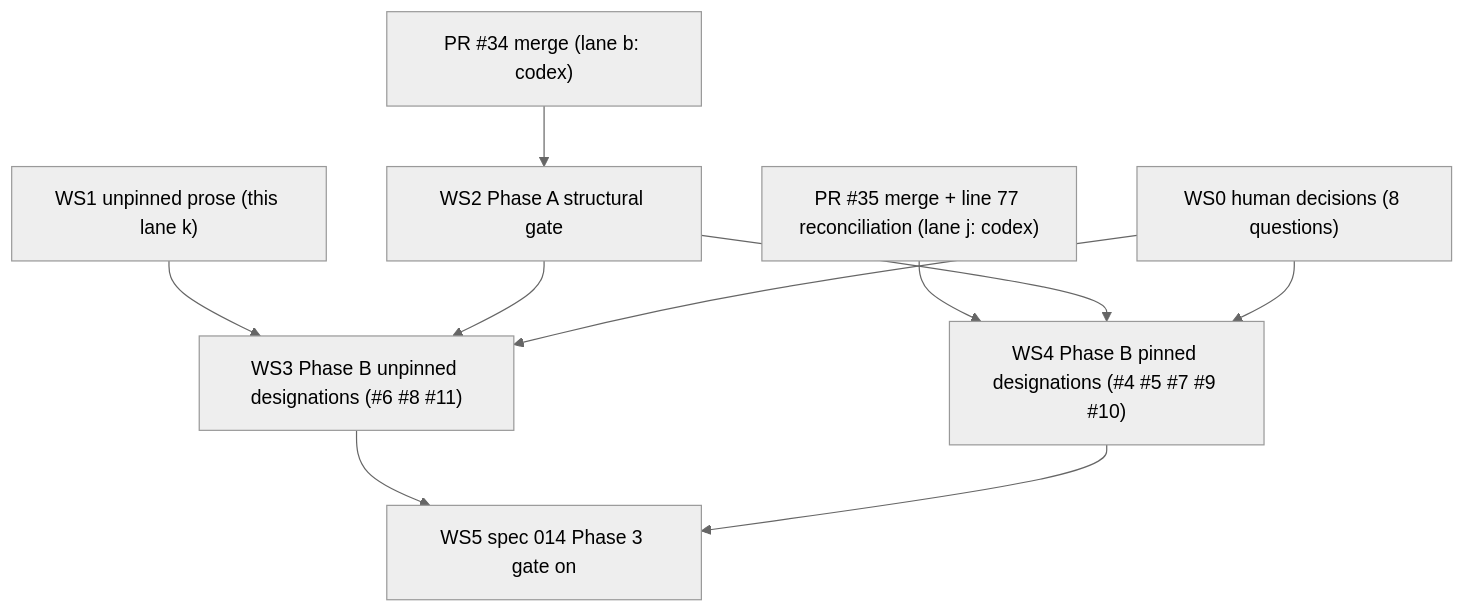
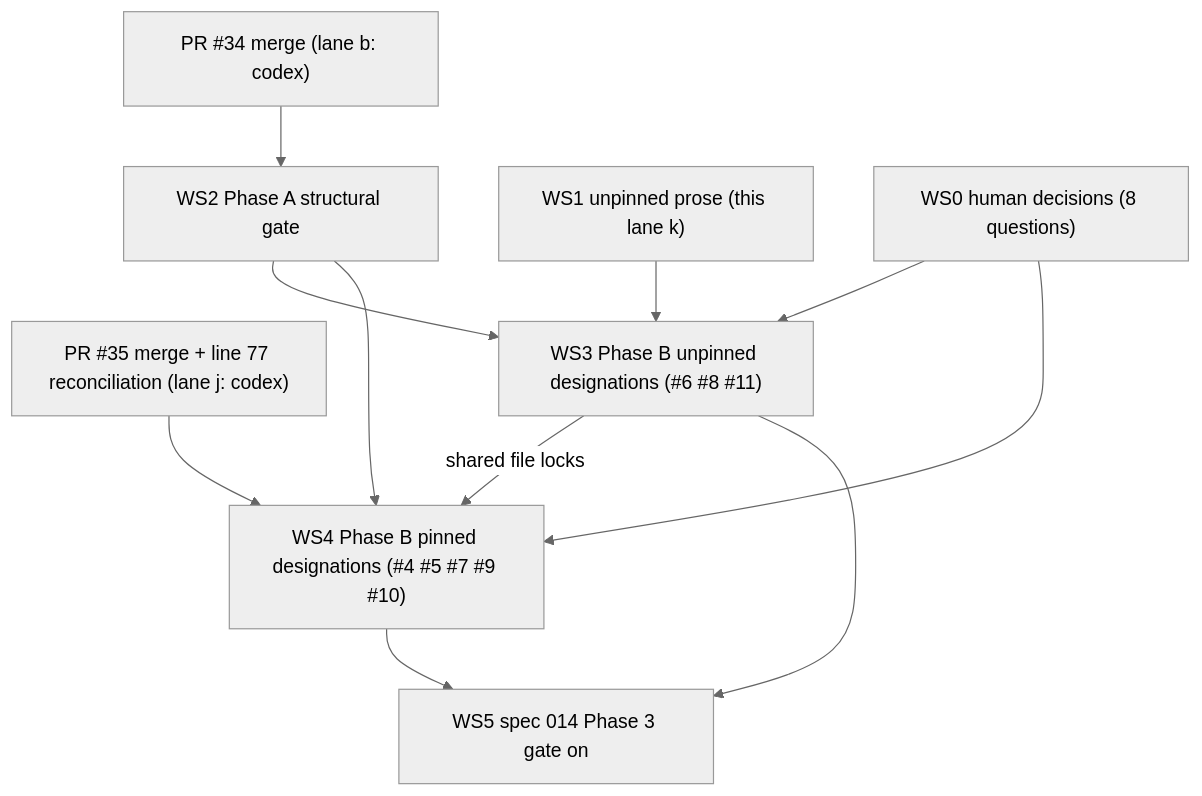
One commit to codeslp/btrain changed the diagram in specs/016-lane-transition-contract-implementation-plan.md. Above: the diagram before and after it, drawn with Mermaid (neutral theme). The commit also changed other lines of this file, not shown here.

````diff
--- a/specs/016-lane-transition-contract-implementation-plan.md
+++ b/specs/016-lane-transition-contract-implementation-plan.md
@@ -104,12 +104,13 @@
 ```mermaid
 flowchart TD
     PR34["PR #34 merge (lane b: codex)"] --> WS2["WS2 Phase A structural gate"]
     PR35["PR #35 merge + line 77 reconciliation (lane j: codex)"] --> WS4["WS4 Phase B pinned designations (#4 #5 #7 #9 #10)"]
     WS1["WS1 unpinned prose (this lane k)"] --> WS3["WS3 Phase B unpinned designations (#6 #8 #11)"]
     WS2 --> WS3
     WS2 --> WS4
     WS0["WS0 human decisions (8 questions)"] --> WS3
     WS0 --> WS4
+    WS3 -->|shared file locks| WS4
     WS3 --> WS5["WS5 spec 014 Phase 3 gate on"]
     WS4 --> WS5
 ```
````
